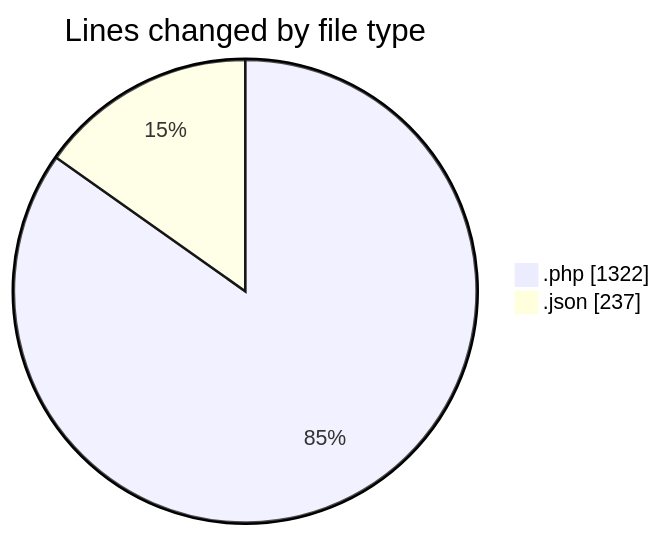
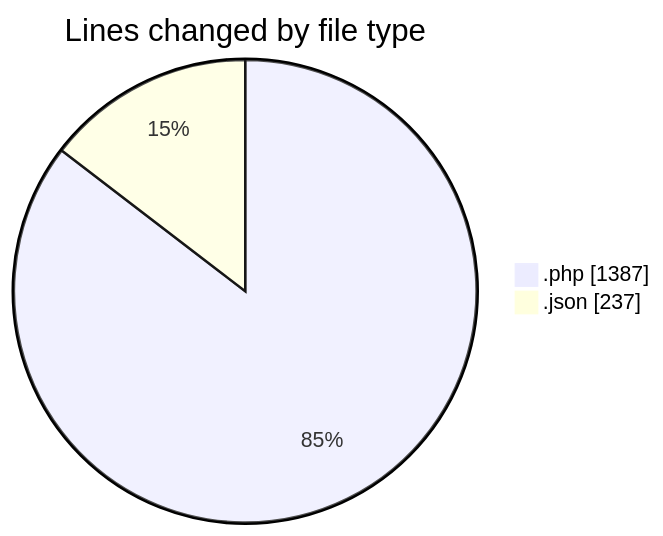
One commit to idhammustaqopulfikri/code-tracking changed the first of 2 diagrams in 2025-06-16/studio-backend/README.md. Above: the diagram before and after it, drawn with Mermaid. The commit also changed other lines of this file and 1 other file, not shown here.

````diff
--- a/2025-06-16/studio-backend/README.md
+++ b/2025-06-16/studio-backend/README.md
@@ -28,6 +29,6 @@
 ```mermaid
 pie showData
 title Lines changed by file type
-".php" : 1322
+".php" : 1387
 ".json" : 237
 ```
````
